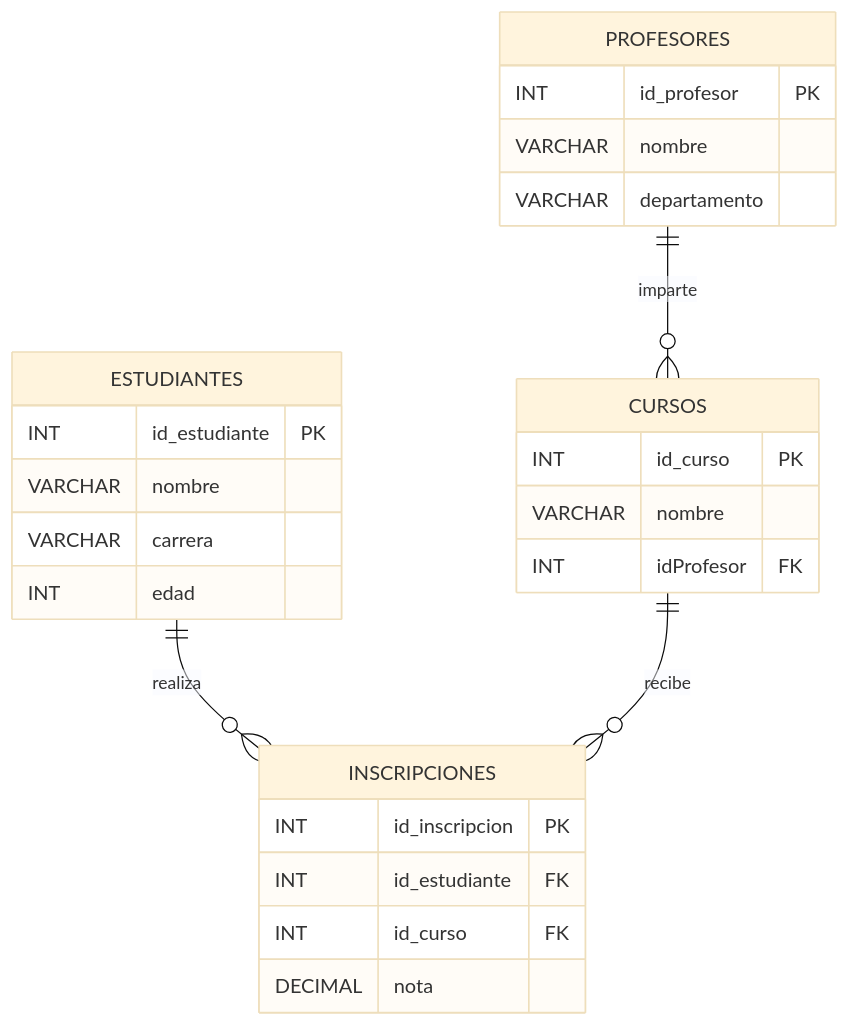
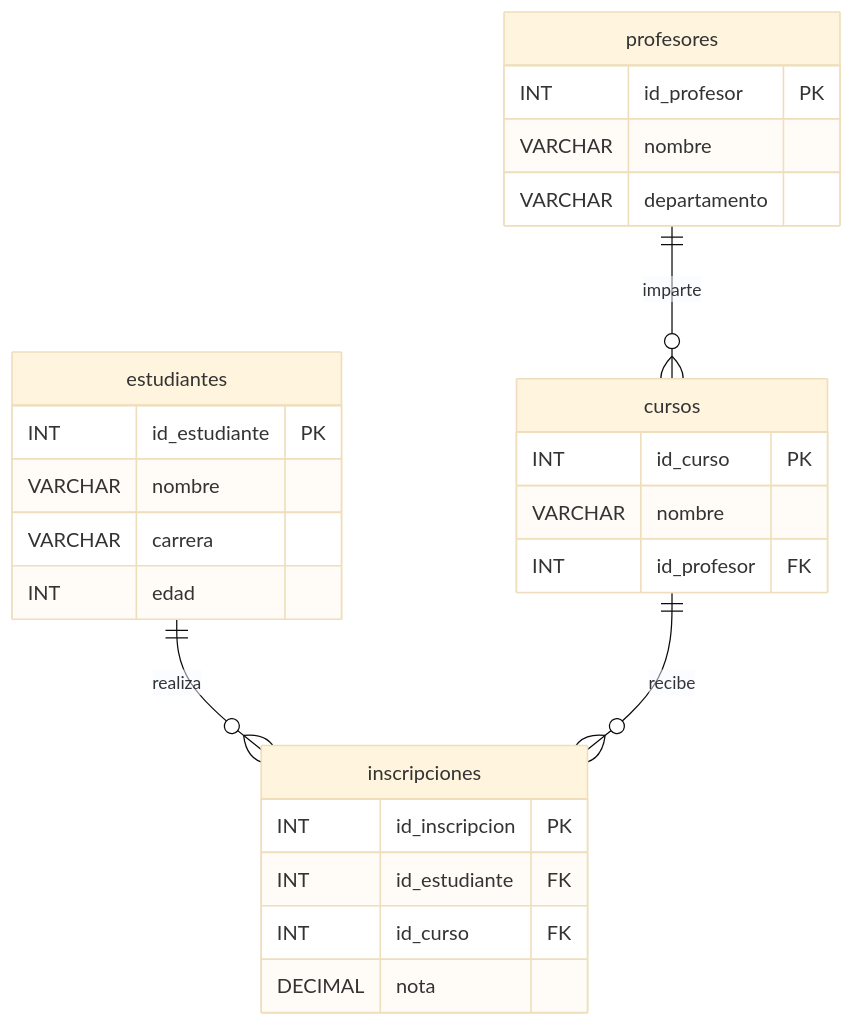
Before and after one commit to cesarszv/sis122-20260313: the diagram in README.md, drawn with Mermaid (base theme). The commit also changed 4 other files, not shown here.

````diff
--- a/README.md
+++ b/README.md
@@ -1,33 +1,33 @@
 ```mermaid
 erDiagram
-    ESTUDIANTES {
+    estudiantes {
         INT id_estudiante PK
         VARCHAR nombre
         VARCHAR carrera
         INT edad
     }
 
-    PROFESORES {
+    profesores {
         INT id_profesor PK
         VARCHAR nombre
         VARCHAR departamento
     }
 
-    CURSOS {
+    cursos {
         INT id_curso PK
         VARCHAR nombre
-        INT idProfesor FK
+        INT id_profesor FK
     }
 
-    INSCRIPCIONES {
+    inscripciones {
         INT id_inscripcion PK
         INT id_estudiante FK
         INT id_curso FK
         DECIMAL nota
     }
 
-    PROFESORES ||--o{ CURSOS : imparte
-    ESTUDIANTES ||--o{ INSCRIPCIONES : realiza
-    CURSOS ||--o{ INSCRIPCIONES : recibe
+    profesores ||--o{ cursos : imparte
+    estudiantes ||--o{ inscripciones : realiza
+    cursos ||--o{ inscripciones : recibe
 
 ```
````
